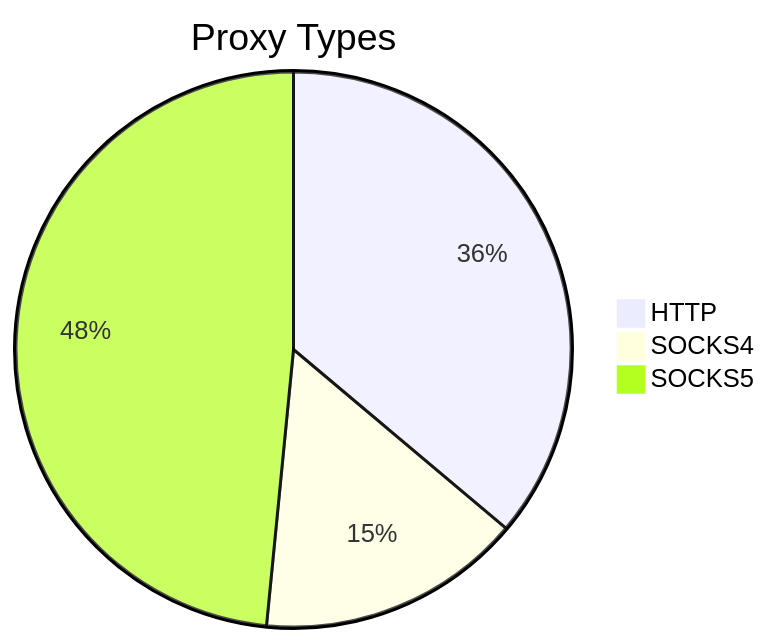
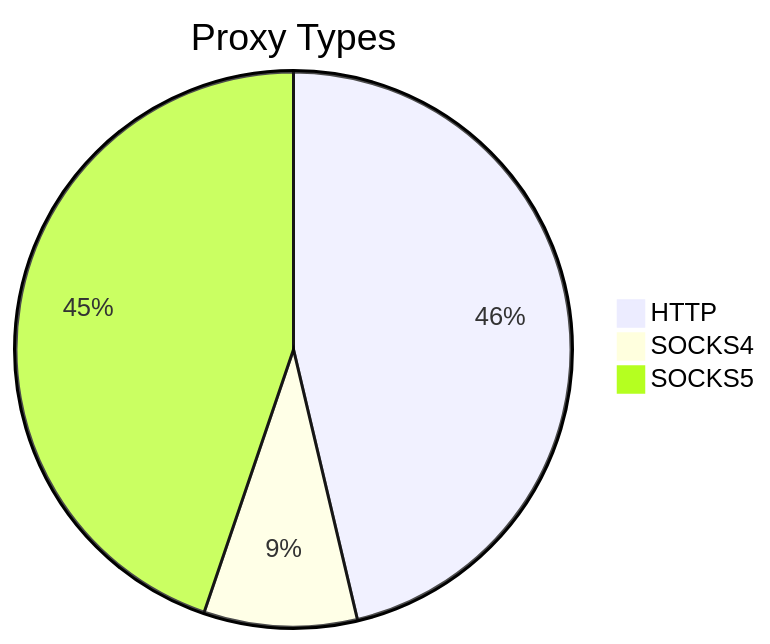
Before and after one commit to stormsia/proxy-list: the first of 2 diagrams in README.md, drawn with Mermaid. The commit also changed other lines of this file, not shown here.

````diff
--- a/README.md
+++ b/README.md
@@ -21,6 +21,6 @@
 ```mermaid
 pie title Proxy Types
-    "HTTP" : 361
-    "SOCKS4" : 154
-    "SOCKS5" : 484
+    "HTTP" : 244
+    "SOCKS4" : 47
+    "SOCKS5" : 236
 ```
````
